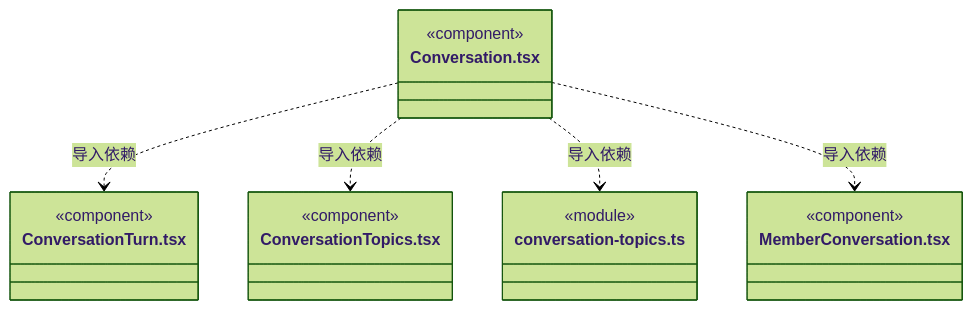
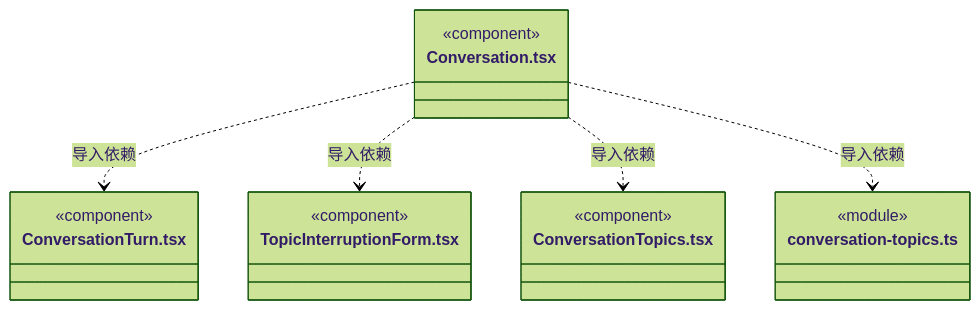
Before and after one commit to nan023062/cbim: diagram 44 of 54 in src/view/conversation/ARCHITECTURE.md, drawn with Mermaid (forest theme). The commit also changed other lines of this file and 19 other files, not shown here.

````diff
--- a/src/view/conversation/ARCHITECTURE.md
+++ b/src/view/conversation/ARCHITECTURE.md
@@ -563,22 +653,22 @@
 ```mermaid
 classDiagram
 class N_src_view_conversation_Conversation_tsx["Conversation.tsx"] {
   <<component>>
 }
 class N_src_view_conversation_ConversationTurn_tsx["ConversationTurn.tsx"] {
   <<component>>
 }
+class N_src_view_conversation_TopicInterruptionForm_tsx["TopicInterruptionForm.tsx"] {
+  <<component>>
+}
 class N_src_view_conversation_ConversationTopics_tsx["ConversationTopics.tsx"] {
   <<component>>
 }
 class N_src_view_conversation_conversation_topics_ts["conversation-topics.ts"] {
   <<module>>
 }
-class N_src_view_conversation_MemberConversation_tsx["MemberConversation.tsx"] {
-  <<component>>
-}
 N_src_view_conversation_Conversation_tsx ..> N_src_view_conversation_ConversationTurn_tsx : 导入依赖
+N_src_view_conversation_Conversation_tsx ..> N_src_view_conversation_TopicInterruptionForm_tsx : 导入依赖
 N_src_view_conversation_Conversation_tsx ..> N_src_view_conversation_ConversationTopics_tsx : 导入依赖
 N_src_view_conversation_Conversation_tsx ..> N_src_view_conversation_conversation_topics_ts : 导入依赖
-N_src_view_conversation_Conversation_tsx ..> N_src_view_conversation_MemberConversation_tsx : 导入依赖
 ```
````
